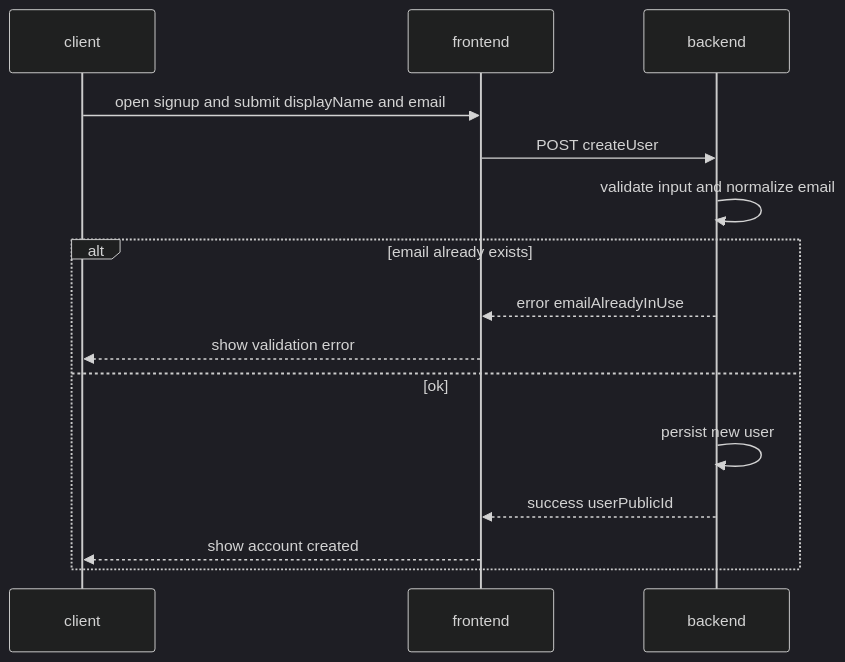
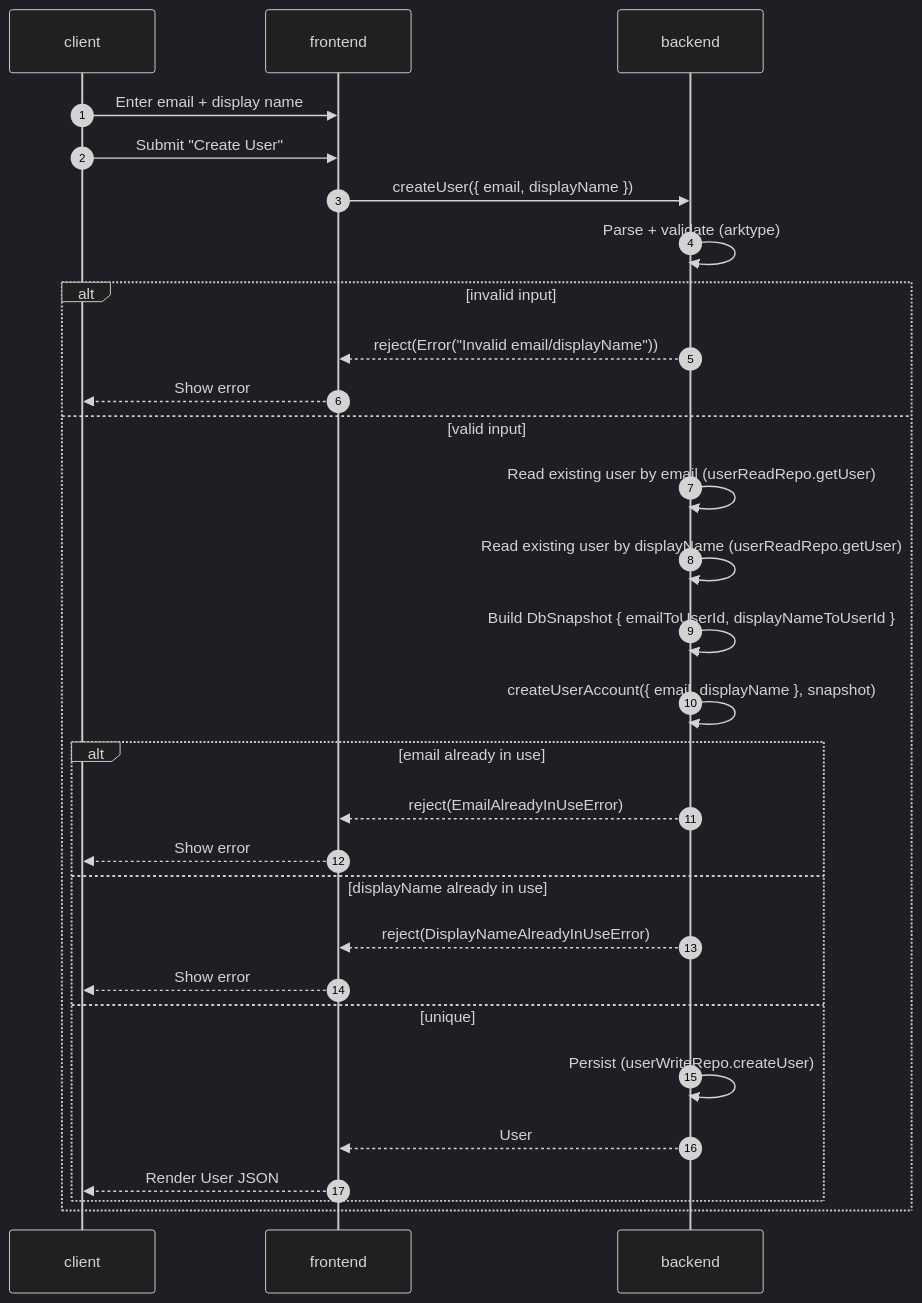
One commit to janbocchino/Bratva changed the first of 2 diagrams in domain/workflows.md. Above: the diagram before and after it, drawn with Mermaid (dark theme). The commit also changed other lines of this file and 12 other files, not shown here.

````diff
--- a/domain/workflows.md
+++ b/domain/workflows.md
@@ -330,19 +9,34 @@
 ```mermaid
 sequenceDiagram
-participant client
-participant frontend
-participant backend
+	autonumber
+	participant client
+	participant frontend
+	participant backend
 
-client->>frontend: open signup and submit displayName and email
-frontend->>backend: POST createUser
-backend->>backend: validate input and normalize email
+	client->>frontend: Enter email + display name
+	client->>frontend: Submit "Create User"
 
-alt email already exists
-  backend-->>frontend: error emailAlreadyInUse
-  frontend-->>client: show validation error
-else ok
-  backend->>backend: persist new user
-  backend-->>frontend: success userPublicId
-  frontend-->>client: show account created
-end
+	frontend->>backend: createUser({ email, displayName })
+	backend->>backend: Parse + validate (arktype)
+	alt invalid input
+		backend-->>frontend: reject(Error("Invalid email/displayName"))
+		frontend-->>client: Show error
+	else valid input
+		backend->>backend: Read existing user by email (userReadRepo.getUser)
+		backend->>backend: Read existing user by displayName (userReadRepo.getUser)
+		backend->>backend: Build DbSnapshot { emailToUserId, displayNameToUserId }
+
+		backend->>backend: createUserAccount({ email, displayName }, snapshot)
+		alt email already in use
+			backend-->>frontend: reject(EmailAlreadyInUseError)
+			frontend-->>client: Show error
+		else displayName already in use
+			backend-->>frontend: reject(DisplayNameAlreadyInUseError)
+			frontend-->>client: Show error
+		else unique
+			backend->>backend: Persist (userWriteRepo.createUser)
+			backend-->>frontend: User
+			frontend-->>client: Render User JSON
+		end
+	end
 ```
````
